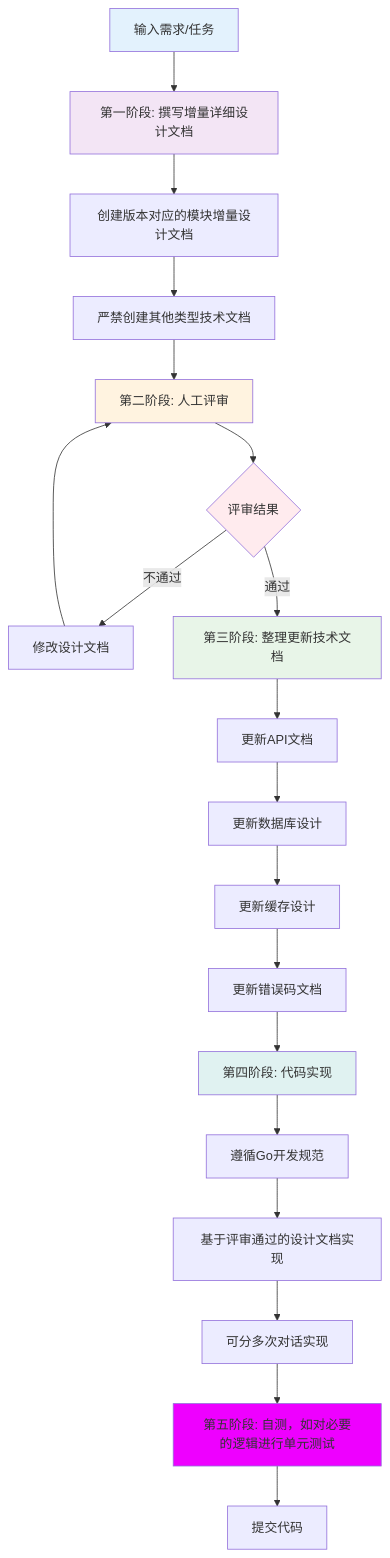
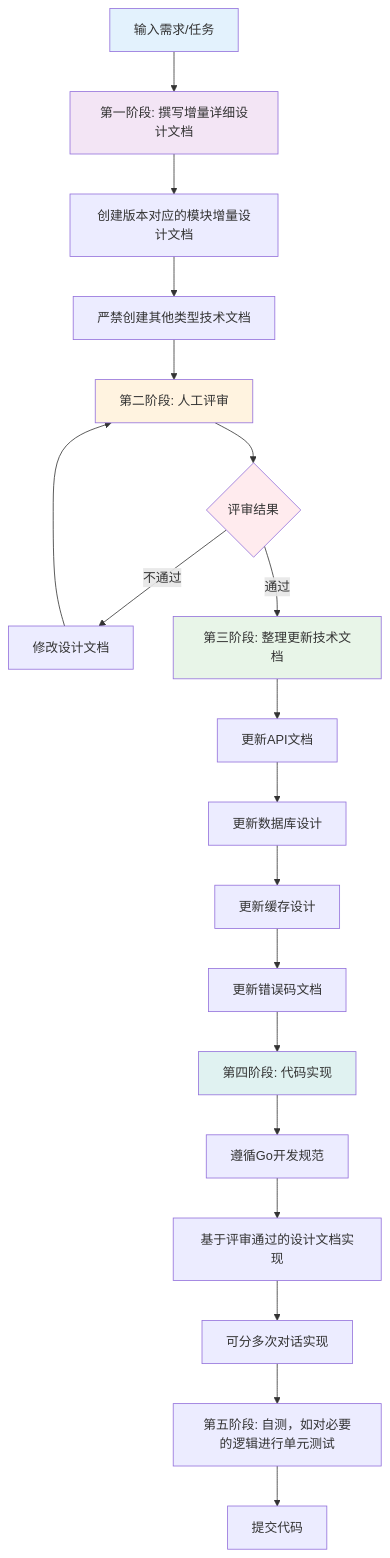
Before and after one commit to yingjianzh/iodraw-files: the diagram in all/未命名-1.md, drawn with Mermaid.

Commit message:
2025-10-22 17:39:39 update

````diff
--- a/all/未命名-1.md
+++ b/all/未命名-1.md
@@ -1,30 +1,30 @@
 ```mermaid
 
 flowchart TD
     A[输入需求/任务] --> B[第一阶段: 撰写增量详细设计文档]
     B --> C[创建版本对应的模块增量设计文档]
     C --> D[严禁创建其他类型技术文档]
     D --> E[第二阶段: 人工评审]
     E --> F{评审结果}
     F -->|不通过| G[修改设计文档]
     G --> E
     F -->|通过| H[第三阶段: 整理更新技术文档]
     H --> I[更新API文档]
     I --> J[更新数据库设计]
     J --> K[更新缓存设计]
     K --> L[更新错误码文档]
     L --> M[第四阶段: 代码实现]
     M --> N[遵循Go开发规范]
     N --> O[基于评审通过的设计文档实现]
     O --> P[可分多次对话实现]
     P --> R[第五阶段: 自测，如对必要的逻辑进行单元测试]
     R --> S[提交代码]
     
     style A fill:#e3f2fd
     style B fill:#f3e5f5
     style E fill:#fff3e0
     style F fill:#ffebee
     style H fill:#e8f5e8
     style M fill:#e0f2f1
-    style R fill:#e0f
+    style R fill:#errff6
 ```
````
